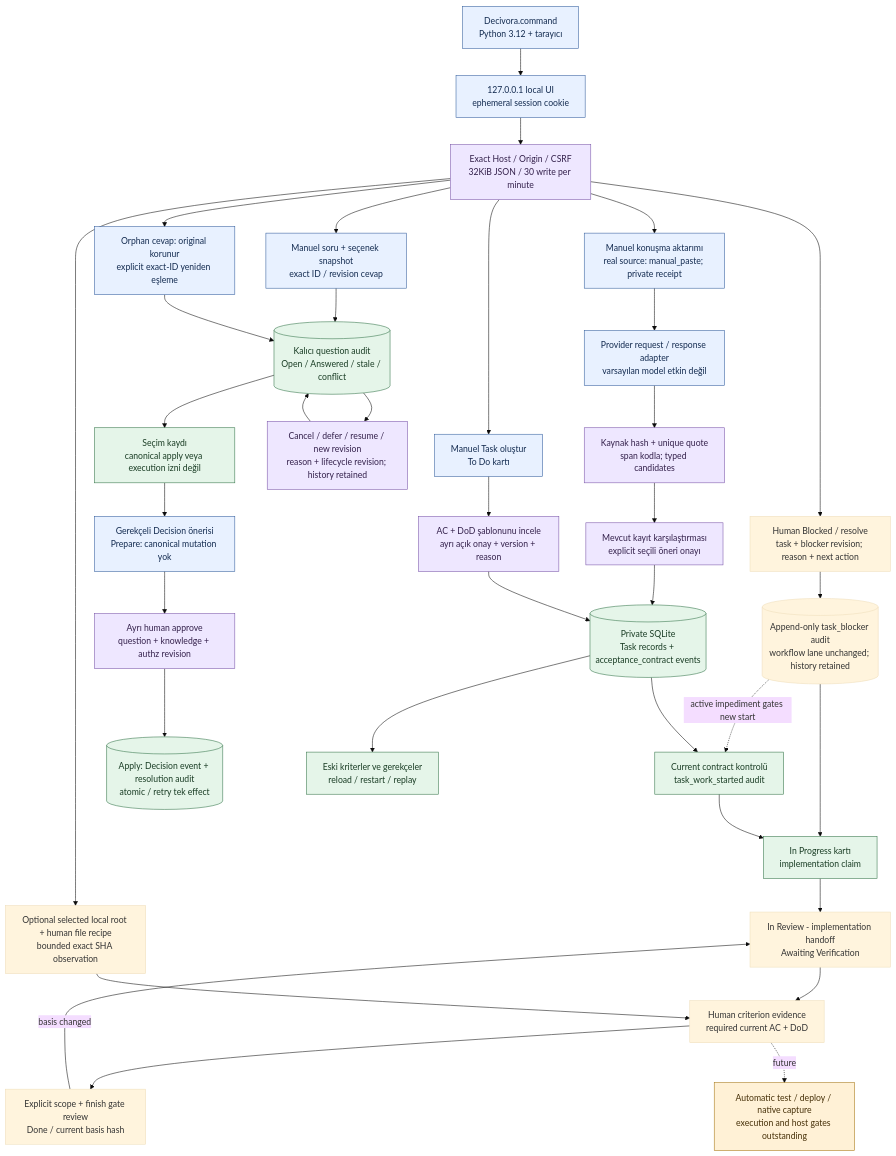
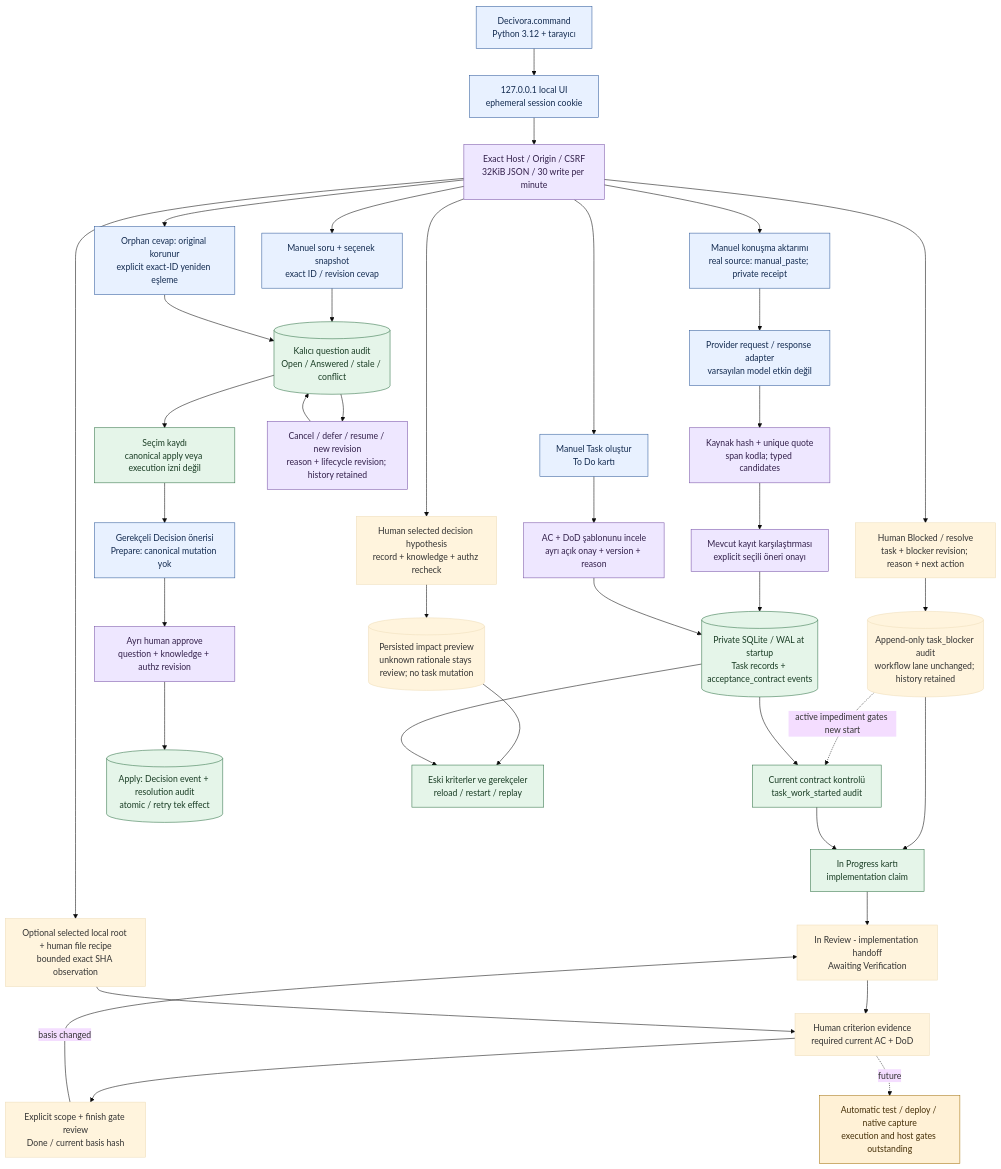
One commit to alphanAkbulut/decivora changed the diagram in docs/architecture/local-preview.md. Above: the diagram before and after it, drawn with Mermaid (base theme). The commit also changed other lines of this file and 30 other files, not shown here.

Commit message:
Fix local read/write contention and add persisted decision impact previews

````diff
--- a/docs/architecture/local-preview.md
+++ b/docs/architecture/local-preview.md
@@ -5,49 +5,52 @@
 ```mermaid
 flowchart TB
     accTitle: Çalışan yerel program, onaylı AC ve kalıcı kayıt
     accDescr: Launcher yalnız loopback server açar. Ephemeral yerel session ve CSRF kontrolü gerekir. Manuel görev ve AC kalıcı SQLite'a yazılır. In Progress çalışma beyanıdır, Done yalnız güncel yerel human-review kriterleri ve finish gates geçince üretilir; automatic verifier açık kalır.
     L["Decivora.command<br/>Python 3.12 + tarayıcı"] --> S["127.0.0.1 local UI<br/>ephemeral session cookie"]
     S --> G["Exact Host / Origin / CSRF<br/>32KiB JSON / 30 write per minute"]
     G --> I0["Manuel konuşma aktarımı<br/>real source: manual_paste; private receipt"]
     I0 --> M0["Provider request / response adapter<br/>varsayılan model etkin değil"]
     M0 --> K0["Kaynak hash + unique quote<br/>span kodla; typed candidates"]
     K0 --> E0["Mevcut kayıt karşılaştırması<br/>explicit seçili öneri onayı"]
     E0 --> D
     G --> F0["Human Blocked / resolve<br/>task + blocker revision; reason + next action"]
     F0 --> F1[("Append-only task_blocker audit<br/>workflow lane unchanged; history retained")]
     F1 --> B
     F1 -. active impediment gates new start .-> W
     G --> T["Manuel Task oluştur<br/>To Do kartı"]
     G --> Q["Manuel soru + seçenek snapshot<br/>exact ID / revision cevap"]
     Q --> R[("Kalıcı question audit<br/>Open / Answered / stale / conflict")]
     R --> Z["Cancel / defer / resume / new revision<br/>reason + lifecycle revision; history retained"]
     Z --> R
     G --> U["Orphan cevap: original korunur<br/>explicit exact-ID yeniden eşleme"]
     U --> R
     R --> N["Seçim kaydı<br/>canonical apply veya execution izni değil"]
     N --> P["Gerekçeli Decision önerisi<br/>Prepare: canonical mutation yok"]
     P --> O["Ayrı human approve<br/>question + knowledge + authz revision"]
     O --> C[("Apply: Decision event + resolution audit<br/>atomic / retry tek effect")]
     T --> A["AC + DoD şablonunu incele<br/>ayrı açık onay + version + reason"]
-    A --> D[("Private SQLite<br/>Task records + acceptance_contract events")]
+    A --> D[("Private SQLite / WAL at startup<br/>Task records + acceptance_contract events")]
+    G --> IP["Human selected decision hypothesis<br/>record + knowledge + authz recheck"]
+    IP --> IX[("Persisted impact preview<br/>unknown rationale stays review; no task mutation")]
+    IX --> H
     D --> W["Current contract kontrolü<br/>task_work_started audit"]
     W --> B["In Progress kartı<br/>implementation claim"]
     D --> H["Eski kriterler ve gerekçeler<br/>reload / restart / replay"]
     B --> IR["In Review - implementation handoff<br/>Awaiting Verification"]
     IR --> HV["Human criterion evidence<br/>required current AC + DoD"]
     HV --> CD["Explicit scope + finish gate review<br/>Done / current basis hash"]
     CD -->|basis changed| IR
     G --> VF["Optional selected local root + human file recipe<br/>bounded exact SHA observation"]
     VF --> HV
     HV -. future .-> V["Automatic test / deploy / native capture<br/>execution and host gates outstanding"]
     classDef launcher fill:#e8f1ff,stroke:#315c9b,color:#132b50;
     classDef guard fill:#eee7ff,stroke:#7853a7,color:#33204b;
     classDef stored fill:#e5f5e9,stroke:#327347,color:#193c24;
     classDef pending fill:#fff1d6,stroke:#a47511,color:#463008;
     class L,S,T launcher;
     class G,A,O,Z,K0,E0 guard;
     class D,W,B,H,R,N stored;
     class Q,P,U,I0,M0 launcher;
     class C stored;
     class V pending;
 ```
````
